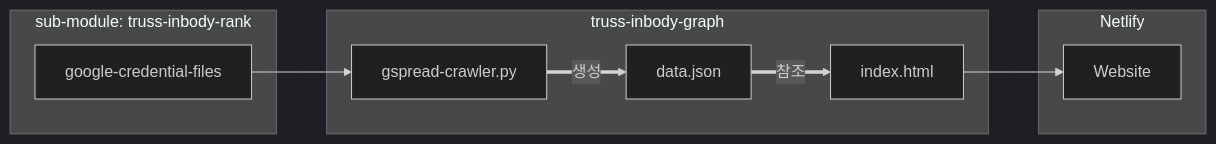
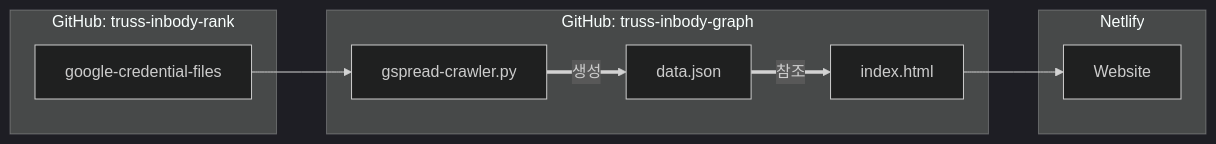
One commit to HeeamShin/truss-inbody-graph changed the diagram in README.md. Above: the diagram before and after it, drawn with Mermaid (dark theme). The commit also changed other lines of this file, not shown here.

````diff
--- a/README.md
+++ b/README.md
@@ -9,15 +9,15 @@
 ```mermaid
 flowchart LR
   google-credential-files --> gspread-crawler.py
-  subgraph sub-module: truss-inbody-rank
+  subgraph GitHub: truss-inbody-rank
     google-credential-files
   end
-  subgraph truss-inbody-graph
+  subgraph GitHub: truss-inbody-graph
     gspread-crawler.py == 생성 ==> data.json
     data.json == 참조 ==> index.html
   end
     index.html-->Website
   subgraph Netlify
     Website
   end
 ```
````
